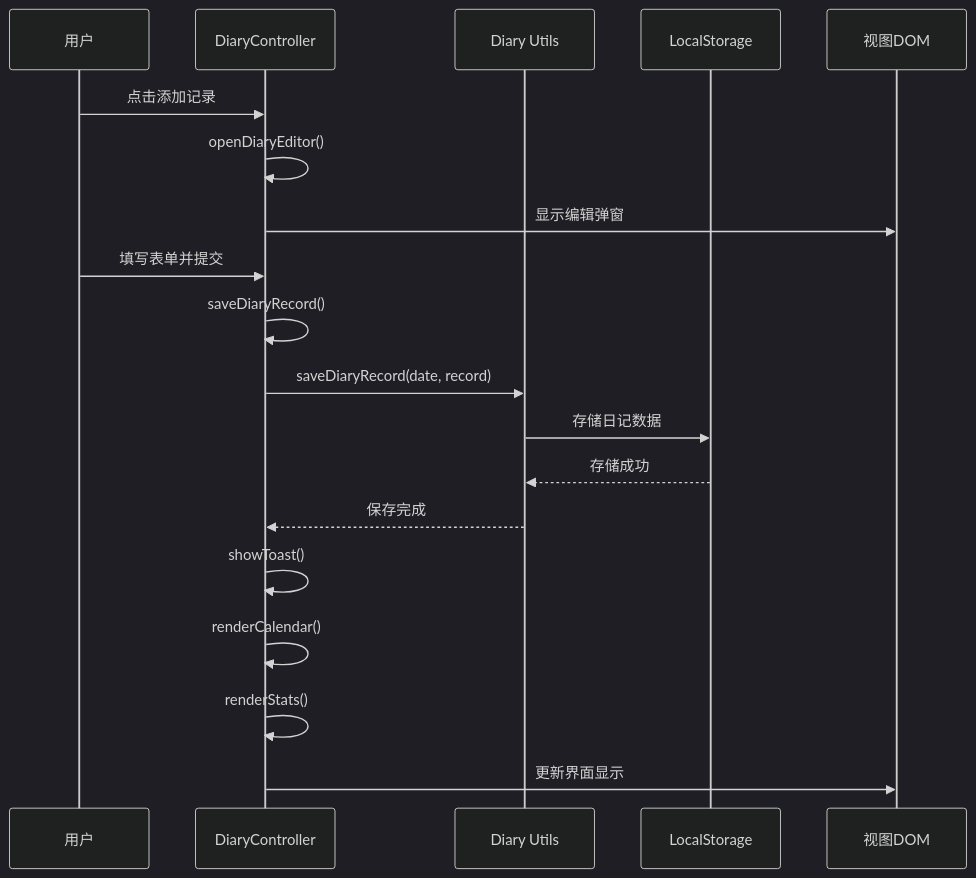
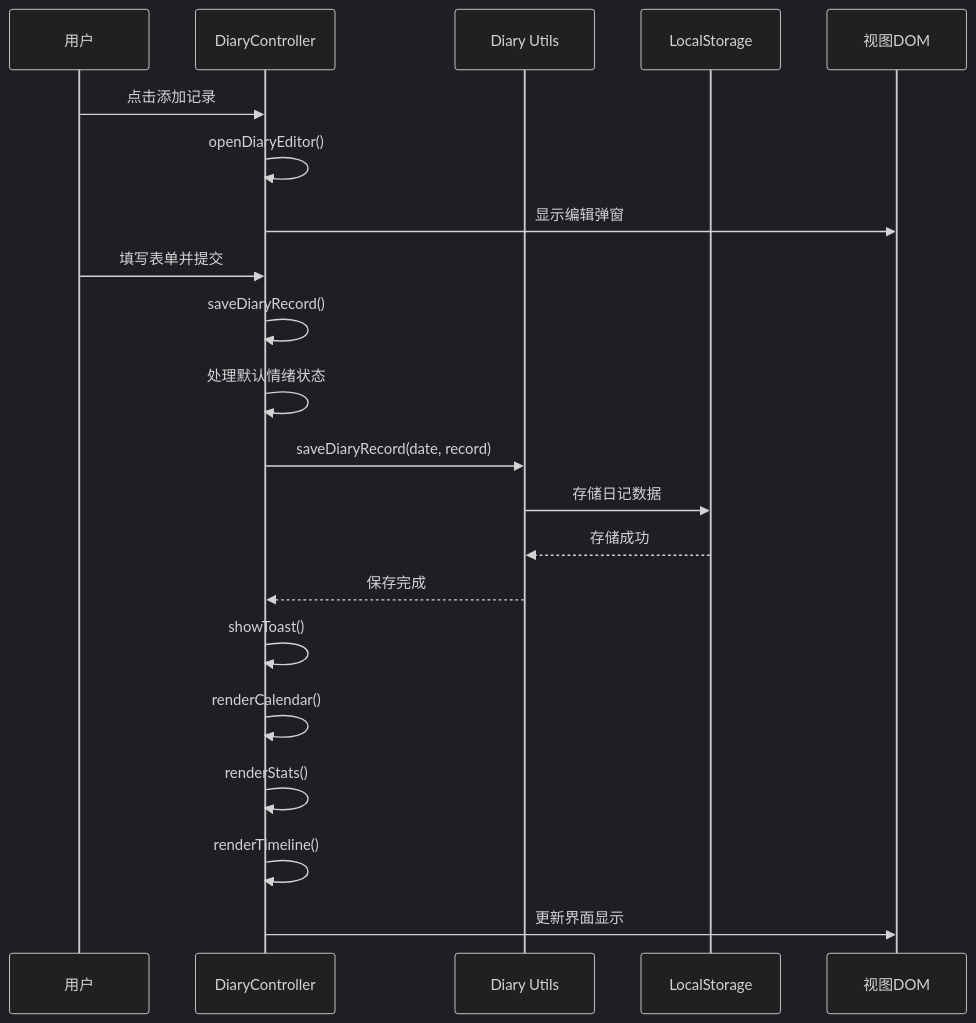
The second of 10 diagrams in .qoder/repowiki/zh/content/控制器系统/穿搭日记控制器.md (jeankeim/wuxing-fashion), drawn with Mermaid (dark theme) before and after one commit. The commit also changed other lines of this file and 27 other files, not shown here.

````diff
--- a/.qoder/repowiki/zh/content/控制器系统/穿搭日记控制器.md
+++ b/.qoder/repowiki/zh/content/控制器系统/穿搭日记控制器.md
@@ -144,21 +152,23 @@
 ```mermaid
 sequenceDiagram
 participant User as 用户
 participant Controller as DiaryController
 participant Utils as Diary Utils
 participant Storage as LocalStorage
 participant View as 视图DOM
 User->>Controller : 点击添加记录
 Controller->>Controller : openDiaryEditor()
 Controller->>View : 显示编辑弹窗
 User->>Controller : 填写表单并提交
 Controller->>Controller : saveDiaryRecord()
+Controller->>Controller : 处理默认情绪状态
 Controller->>Utils : saveDiaryRecord(date, record)
 Utils->>Storage : 存储日记数据
 Storage-->>Utils : 存储成功
 Utils-->>Controller : 保存完成
 Controller->>Controller : showToast()
 Controller->>Controller : renderCalendar()
 Controller->>Controller : renderStats()
+Controller->>Controller : renderTimeline()
 Controller->>View : 更新界面显示
 ```
````
